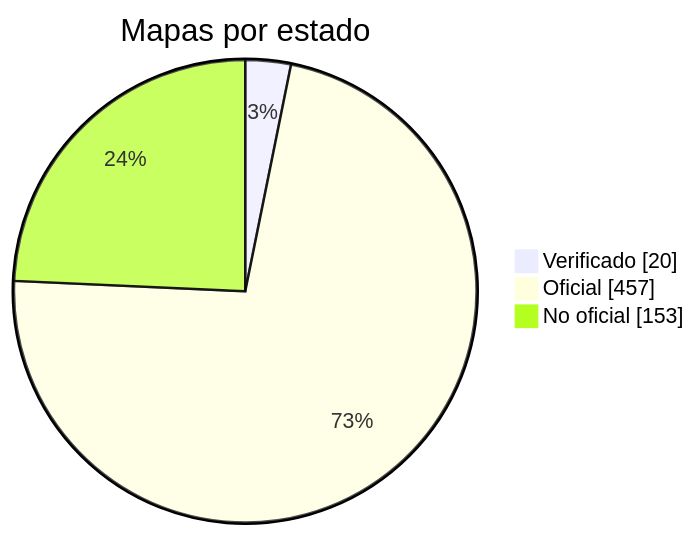
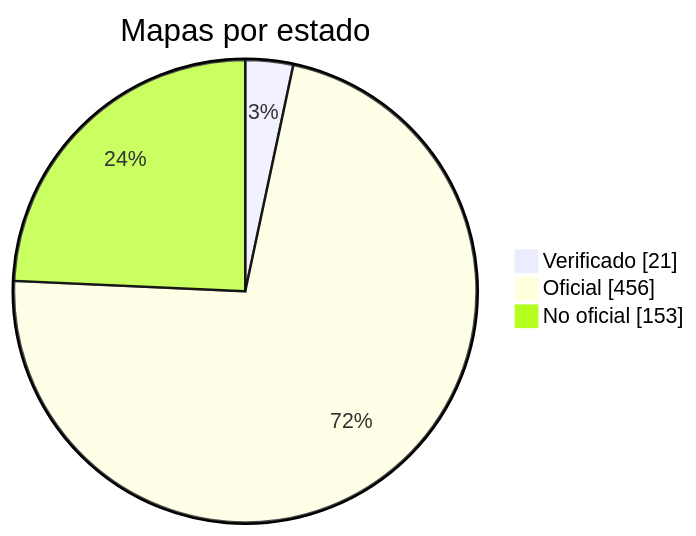
One commit to nobrega8/mbmap-library changed the diagram in docs/readme/README_ES.md. Above: the diagram before and after it, drawn with Mermaid. The commit also changed 6 other files, not shown here.

````diff
--- a/docs/readme/README_ES.md
+++ b/docs/readme/README_ES.md
@@ -54,7 +54,7 @@
 ```mermaid
 pie showData
     title Mapas por estado
-    "Verificado" : 20
-    "Oficial" : 457
+    "Verificado" : 21
+    "Oficial" : 456
     "No oficial" : 153
 ```
````
